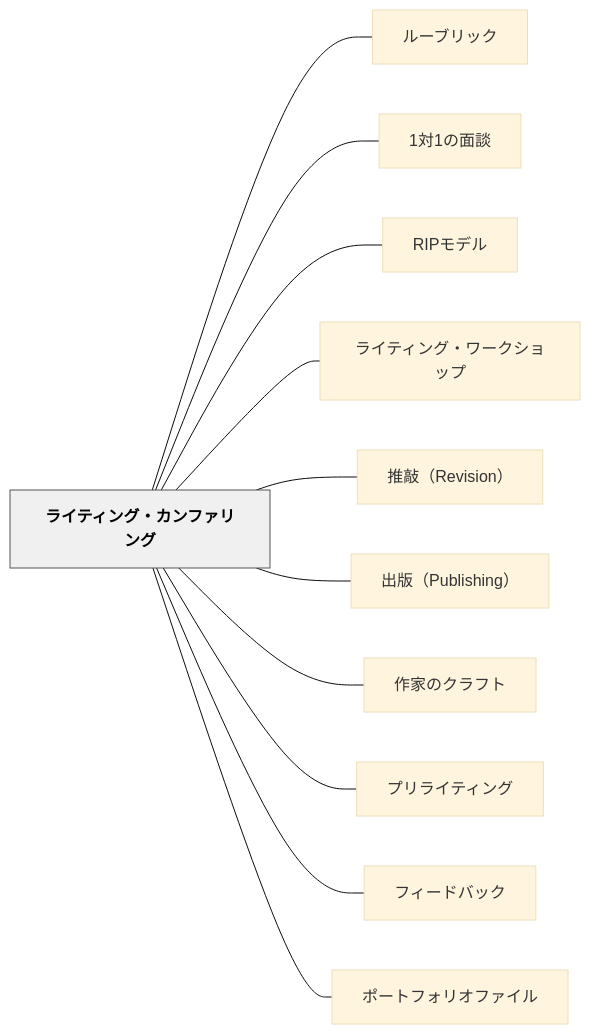
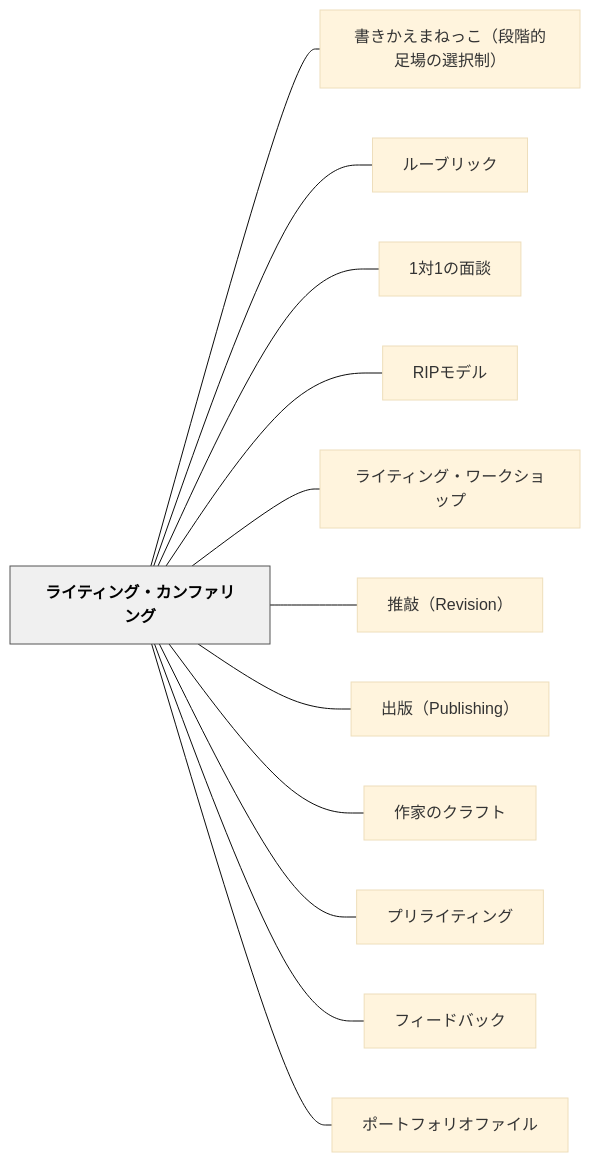
One commit to unknownthings-ed-patterns/unknownthings-ed-patterns changed the diagram in content/パタン/ライティング・カンファリング.md. Above: the diagram before and after it, drawn with Mermaid (base theme). The commit also changed other lines of this file and 185 other files, not shown here.

````diff
--- a/content/パタン/ライティング・カンファリング.md
+++ b/content/パタン/ライティング・カンファリング.md
@@ -191,28 +193,30 @@
 ```mermaid
 flowchart LR
     ne383a9e382a4e38386e382a3e383b3e382b0e383bbe382abe383b3e38395e382a1e383aae383b3e382b0["ライティング・カンファリング"]
+    ne69bb8e3818de3818be38188e381bee381ade381a3e38193efbc88e6aeb5e99a8ee79a84e8b6b3e5a0b4e381aee981b8e68a9ee588b6efbc89["書きかえまねっこ（段階的足場の選択制）"]
     ne383abe383bce38396e383aae38383e382af["ルーブリック"]
     n31e5afbe31e381aee99da2e8ab87["1対1の面談"]
     n524950e383a2e38387e383ab["RIPモデル"]
     ne383a9e382a4e38386e382a3e383b3e382b0e383bbe383afe383bce382afe382b7e383a7e38383e38397["ライティング・ワークショップ"]
     ne68ea8e695b2efbc885265766973696f6eefbc89["推敲（Revision）"]
     ne587bae78988efbc885075626c697368696e67efbc89["出版（Publishing）"]
     ne4bd9ce5aeb6e381aee382afe383a9e38395e38388["作家のクラフト"]
     ne38397e383aae383a9e382a4e38386e382a3e383b3e382b0["プリライティング"]
     ne38395e382a3e383bce38389e38390e38383e382af["フィードバック"]
     ne3839de383bce38388e38395e382a9e383aae382aae38395e382a1e382a4e383ab["ポートフォリオファイル"]
 
+    ne383a9e382a4e38386e382a3e383b3e382b0e383bbe382abe383b3e38395e382a1e383aae383b3e382b0 --- ne69bb8e3818de3818be38188e381bee381ade381a3e38193efbc88e6aeb5e99a8ee79a84e8b6b3e5a0b4e381aee981b8e68a9ee588b6efbc89
     ne383a9e382a4e38386e382a3e383b3e382b0e383bbe382abe383b3e38395e382a1e383aae383b3e382b0 --- ne383abe383bce38396e383aae38383e382af
     ne383a9e382a4e38386e382a3e383b3e382b0e383bbe382abe383b3e38395e382a1e383aae383b3e382b0 --- n31e5afbe31e381aee99da2e8ab87
     ne383a9e382a4e38386e382a3e383b3e382b0e383bbe382abe383b3e38395e382a1e383aae383b3e382b0 --- n524950e383a2e38387e383ab
     ne383a9e382a4e38386e382a3e383b3e382b0e383bbe382abe383b3e38395e382a1e383aae383b3e382b0 --- ne383a9e382a4e38386e382a3e383b3e382b0e383bbe383afe383bce382afe382b7e383a7e38383e38397
     ne383a9e382a4e38386e382a3e383b3e382b0e383bbe382abe383b3e38395e382a1e383aae383b3e382b0 --- ne68ea8e695b2efbc885265766973696f6eefbc89
     ne383a9e382a4e38386e382a3e383b3e382b0e383bbe382abe383b3e38395e382a1e383aae383b3e382b0 --- ne587bae78988efbc885075626c697368696e67efbc89
     ne383a9e382a4e38386e382a3e383b3e382b0e383bbe382abe383b3e38395e382a1e383aae383b3e382b0 --- ne4bd9ce5aeb6e381aee382afe383a9e38395e38388
     ne383a9e382a4e38386e382a3e383b3e382b0e383bbe382abe383b3e38395e382a1e383aae383b3e382b0 --- ne38397e383aae383a9e382a4e38386e382a3e383b3e382b0
     ne383a9e382a4e38386e382a3e383b3e382b0e383bbe382abe383b3e38395e382a1e383aae383b3e382b0 --- ne38395e382a3e383bce38389e38390e38383e382af
     ne383a9e382a4e38386e382a3e383b3e382b0e383bbe382abe383b3e38395e382a1e383aae383b3e382b0 --- ne3839de383bce38388e38395e382a9e383aae382aae38395e382a1e382a4e383ab
 
     classDef hub fill:#f0f0f0,stroke:#555,color:#000,font-weight:bold
     class ne383a9e382a4e38386e382a3e383b3e382b0e383bbe382abe383b3e38395e382a1e383aae383b3e382b0 hub
 ```
````
